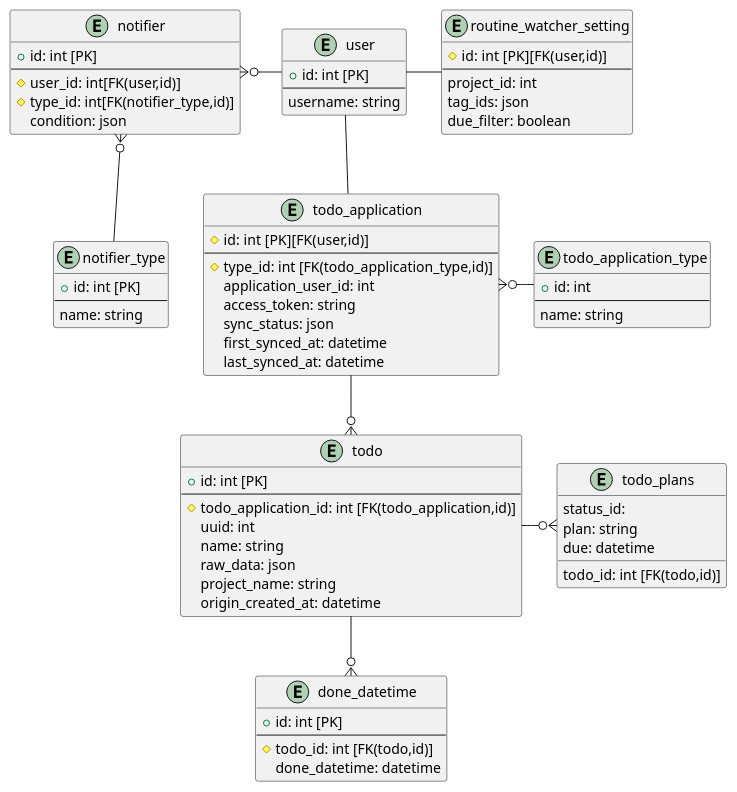
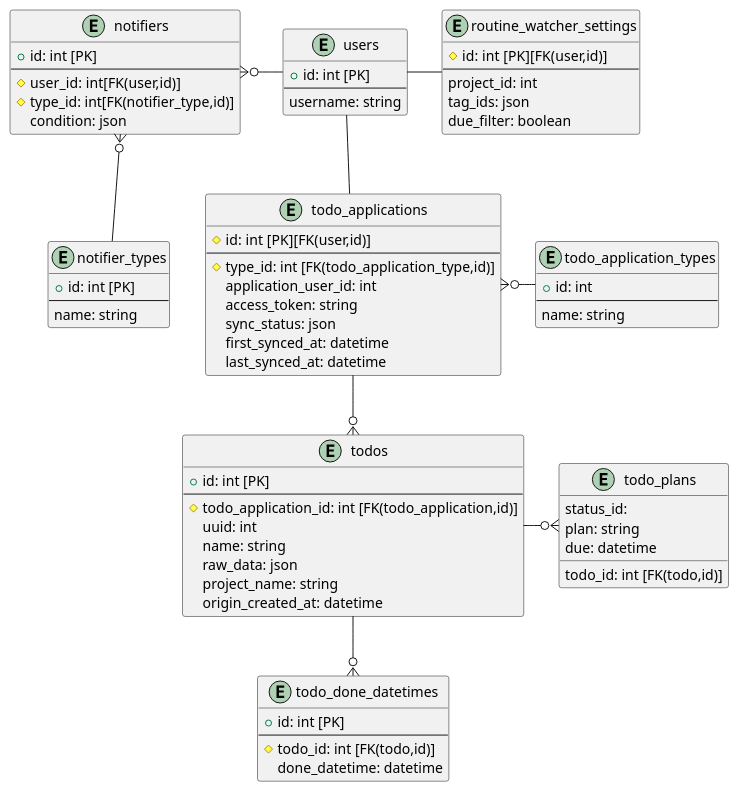
One commit to to-maru/tododog changed the diagram in design/database.puml. Above: the diagram before and after it, drawn with PlantUML. The commit also changed 1 other file, not shown here.

```diff
--- a/design/database.puml
+++ b/design/database.puml
@@ -1,86 +1,86 @@
 @startuml
 'https://plantuml.com/class-diagram
 
 hide empty members
 
-entity user {
+entity users {
 +id: int [PK]
 --
 username: string
 }
 
-entity todo_application {
+entity todo_applications {
 # id: int [PK][FK(user,id)]
 --
 # type_id: int [FK(todo_application_type,id)]
 application_user_id: int
 access_token: string
 sync_status: json
 first_synced_at: datetime
 last_synced_at: datetime
 }
 
-entity todo_application_type {
+entity todo_application_types {
 + id: int
 --
 name: string
 }
 
-entity todo {
+entity todos {
 +id: int [PK]
 --
 #todo_application_id: int [FK(todo_application,id)]
 uuid: int
 name: string
 raw_data: json
 project_name: string
 origin_created_at: datetime
 }
 
 entity todo_plans {
 todo_id: int [FK(todo,id)]
 status_id:
 plan: string
 due: datetime
 }
 
-entity done_datetime {
+entity todo_done_datetimes {
 +id: int [PK]
 --
 #todo_id: int [FK(todo,id)]
 done_datetime: datetime
 }
 
-entity routine_watcher_setting {
+entity routine_watcher_settings {
 # id: int [PK][FK(user,id)]
 --
 project_id: int
 tag_ids: json
 due_filter: boolean
 }
 
-entity notifier {
+entity notifiers {
 + id: int [PK]
 --
 # user_id: int[FK(user,id)]
 # type_id: int[FK(notifier_type,id)]
 condition: json
 }
 
-entity notifier_type {
+entity notifier_types {
 + id: int [PK]
 --
 name: string
 }
 
-user -- todo_application
-user - routine_watcher_setting
-user -left-o{ notifier
-notifier }o-- notifier_type
+users -- todo_applications
+users - routine_watcher_settings
+users -left-o{ notifiers
+notifiers }o-- notifier_types
 
-todo_application }o- todo_application_type
-todo_application --o{ todo
-todo --o{ done_datetime
-todo -o{ todo_plans
+todo_applications }o- todo_application_types
+todo_applications --o{ todos
+todos --o{ todo_done_datetimes
+todos -o{ todo_plans
 
 @enduml
```
